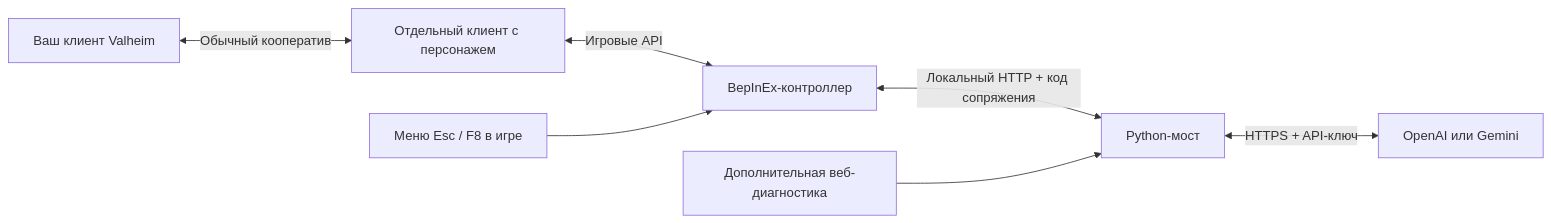
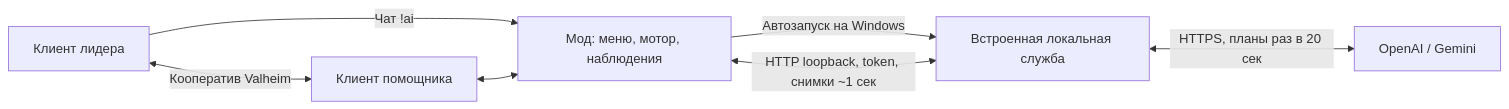
One commit to S1mpleton/ValheimAIHelper changed the diagram in docs/architecture.md. Above: the diagram before and after it, drawn with Mermaid. The commit also changed other lines of this file and 41 other files, not shown here.

````diff
--- a/docs/architecture.md
+++ b/docs/architecture.md
@@ -3,9 +3,9 @@
 ```mermaid
 flowchart LR
-    Human[Ваш клиент Valheim] <-->|Обычный кооператив| Bot[Отдельный клиент с персонажем]
-    Bot <-->|Игровые API| Mod[BepInEx-контроллер]
-    Mod <-->|Локальный HTTP + код сопряжения| Bridge[Python-мост]
-    GameMenu[Меню Esc / F8 в игре] --> Mod
-    Dashboard[Дополнительная веб-диагностика] --> Bridge
-    Bridge <-->|HTTPS + API-ключ| Provider[OpenAI или Gemini]
+    Human[Клиент лидера] <-->|Кооператив Valheim| Bot[Клиент помощника]
+    Human -->|Чат !ai| Mod[Мод: меню, мотор, наблюдения]
+    Bot <--> Mod
+    Mod -->|Автозапуск на Windows| Bridge[Встроенная локальная служба]
+    Mod <-->|HTTP loopback, token, снимки ~1 сек| Bridge
+    Bridge <-->|HTTPS, планы раз в 20 сек| Provider[OpenAI / Gemini]
 ```
````
